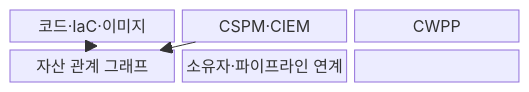
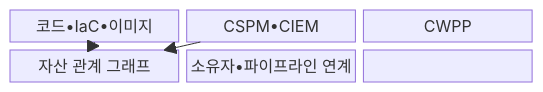
One commit to agnusdei1207/knowledge-base changed the first of 2 diagrams in src/content/docs/notes/05-security/073_cnapp.md. Above: the diagram before and after it, drawn with Mermaid. The commit also changed other lines of this file and 953 other files, not shown here.

````diff
--- a/src/content/docs/notes/05-security/073_cnapp.md
+++ b/src/content/docs/notes/05-security/073_cnapp.md
@@ -63,12 +63,12 @@
 ```mermaid
 block-beta
   columns 3
-  A["코드·IaC·이미지"]
-  B["CSPM·CIEM"]
+  A["코드•IaC•이미지"]
+  B["CSPM•CIEM"]
   C["CWPP"]
   D["자산 관계 그래프"]
-  E["소유자·파이프라인 연계"]
+  E["소유자•파이프라인 연계"]
   A --> D
   B --> D
   C --> D --> E
 ```
````
